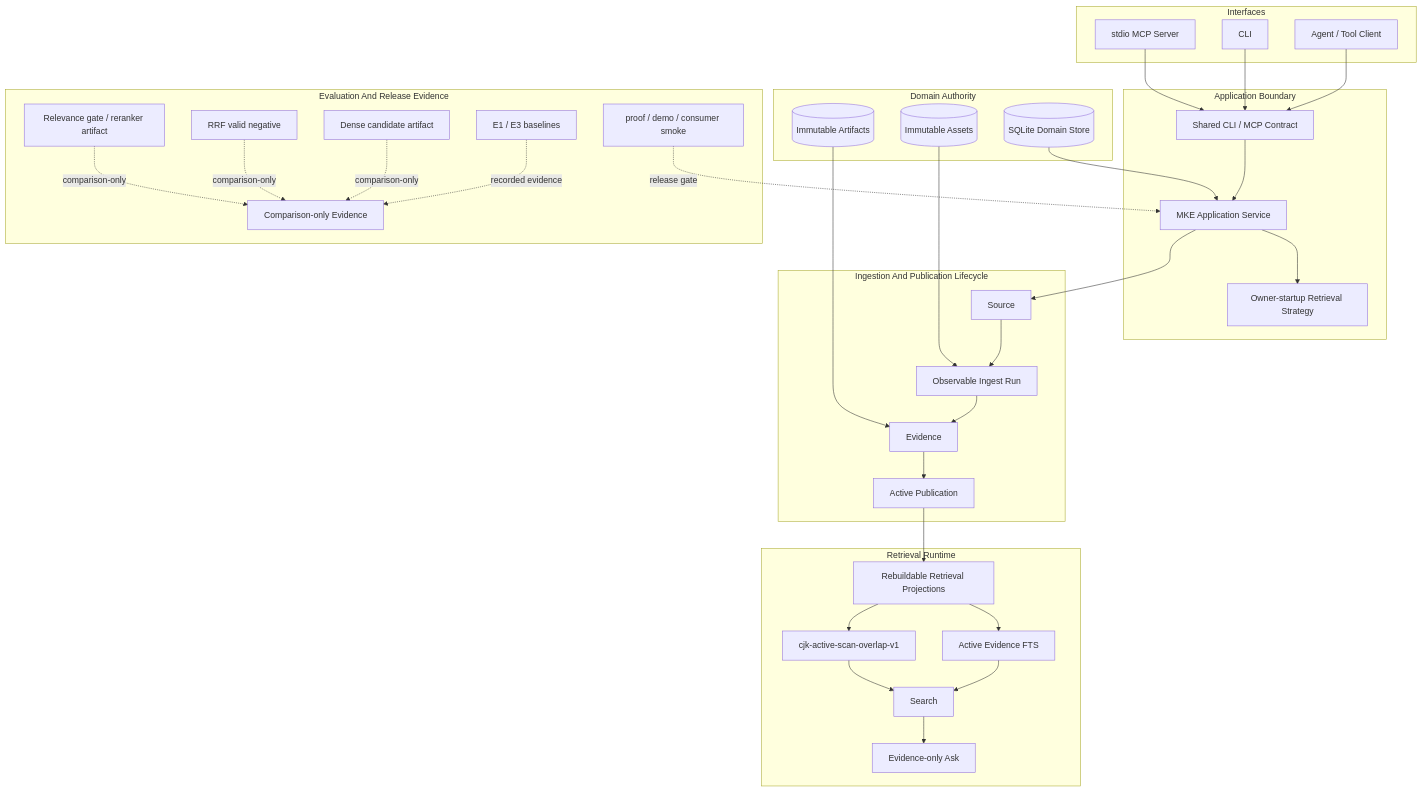
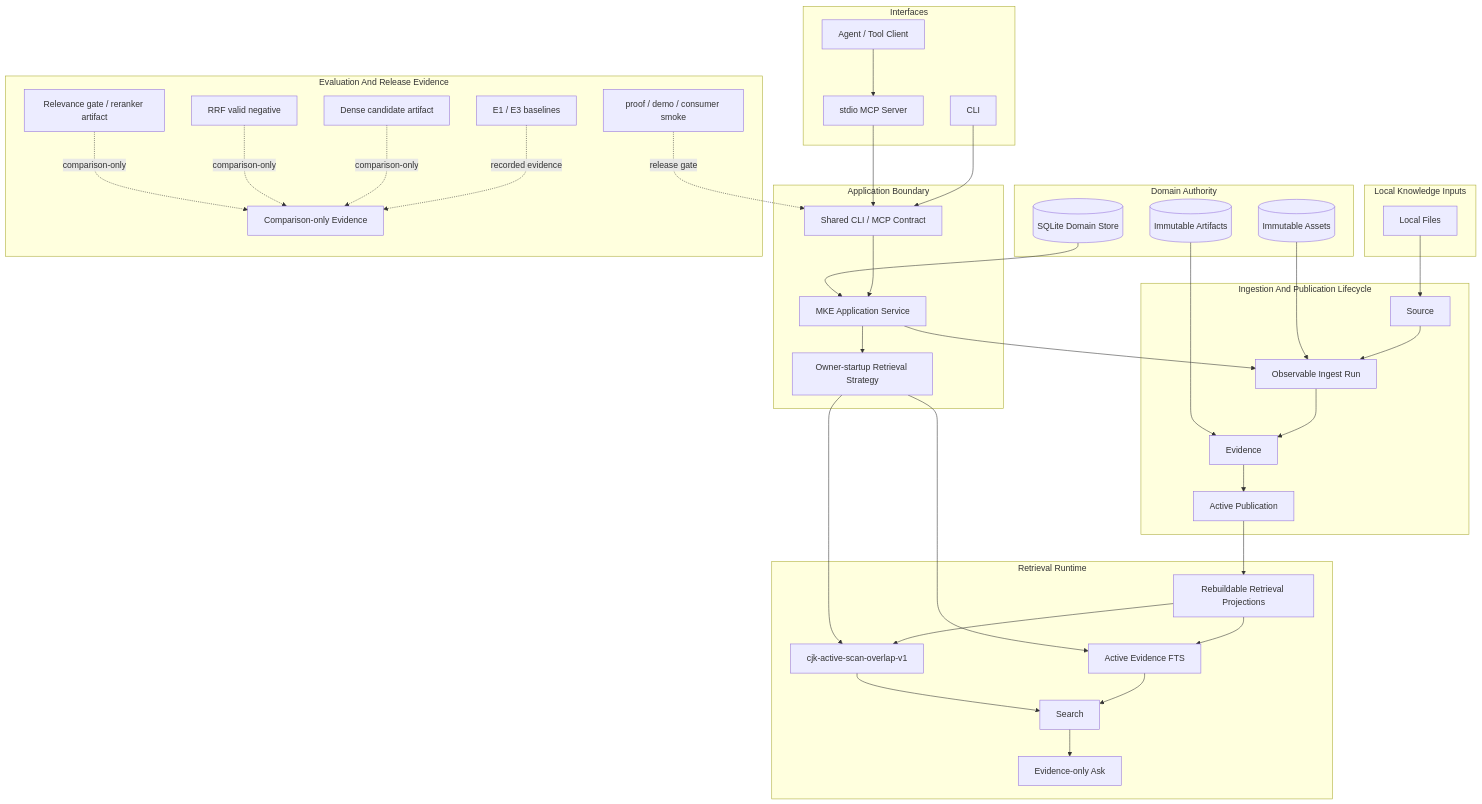
One commit to iTao-AI/multimodal-knowledge-engine changed the diagram in README.md. Above: the diagram before and after it, drawn with Mermaid. The commit also changed other lines of this file and 36 other files, not shown here.

First line of the commit message:
增加 public-safe synthetic local knowledge proof (#58)

````diff
--- a/README.md
+++ b/README.md
@@ -26,68 +26,75 @@
 ```mermaid
 flowchart TB
+    subgraph Inputs["Local Knowledge Inputs"]
+        LocalFiles["Local Files"]
+    end
+
     subgraph Interfaces["Interfaces"]
         Agent["Agent / Tool Client"]
         CLI["CLI"]
         MCP["stdio MCP Server"]
     end
 
     subgraph Application["Application Boundary"]
         App["MKE Application Service"]
         Contract["Shared CLI / MCP Contract"]
         Strategy["Owner-startup Retrieval Strategy"]
     end
 
     subgraph Lifecycle["Ingestion And Publication Lifecycle"]
         Source["Source"]
         Run["Observable Ingest Run"]
         Evidence["Evidence"]
         Publication["Active Publication"]
     end
 
     subgraph Authority["Domain Authority"]
         Store[("SQLite Domain Store")]
         Assets[("Immutable Assets")]
         Artifacts[("Immutable Artifacts")]
     end
 
     subgraph Runtime["Retrieval Runtime"]
         Projection["Rebuildable Retrieval Projections"]
         FTS["Active Evidence FTS"]
         CJK["cjk-active-scan-overlap-v1"]
         Search["Search"]
         Ask["Evidence-only Ask"]
     end
 
     subgraph Evaluation["Evaluation And Release Evidence"]
         Baselines["E1 / E3 baselines"]
         Dense["Dense candidate artifact"]
         RRF["RRF valid negative"]
         Reranker["Relevance gate / reranker artifact"]
         Proof["proof / demo / consumer smoke"]
         Comparison["Comparison-only Evidence"]
     end
 
-    Agent --> Contract
+    LocalFiles --> Source
+    Agent --> MCP
     CLI --> Contract
     MCP --> Contract
     Contract --> App
     App --> Strategy
-    App --> Source
+    App --> Run
     Source --> Run
     Run --> Evidence
     Evidence --> Publication
     Publication --> Projection
     Projection --> FTS
     Projection --> CJK
+    Strategy --> FTS
+    Strategy --> CJK
     FTS --> Search
     CJK --> Search
     Search --> Ask
     Store --> App
     Assets --> Run
     Artifacts --> Evidence
     Baselines -. recorded evidence .-> Comparison
     Dense -. comparison-only .-> Comparison
     RRF -. comparison-only .-> Comparison
     Reranker -. comparison-only .-> Comparison
-    Proof -. release gate .-> App
+    Proof -. release gate .-> Contract
 ```
````
